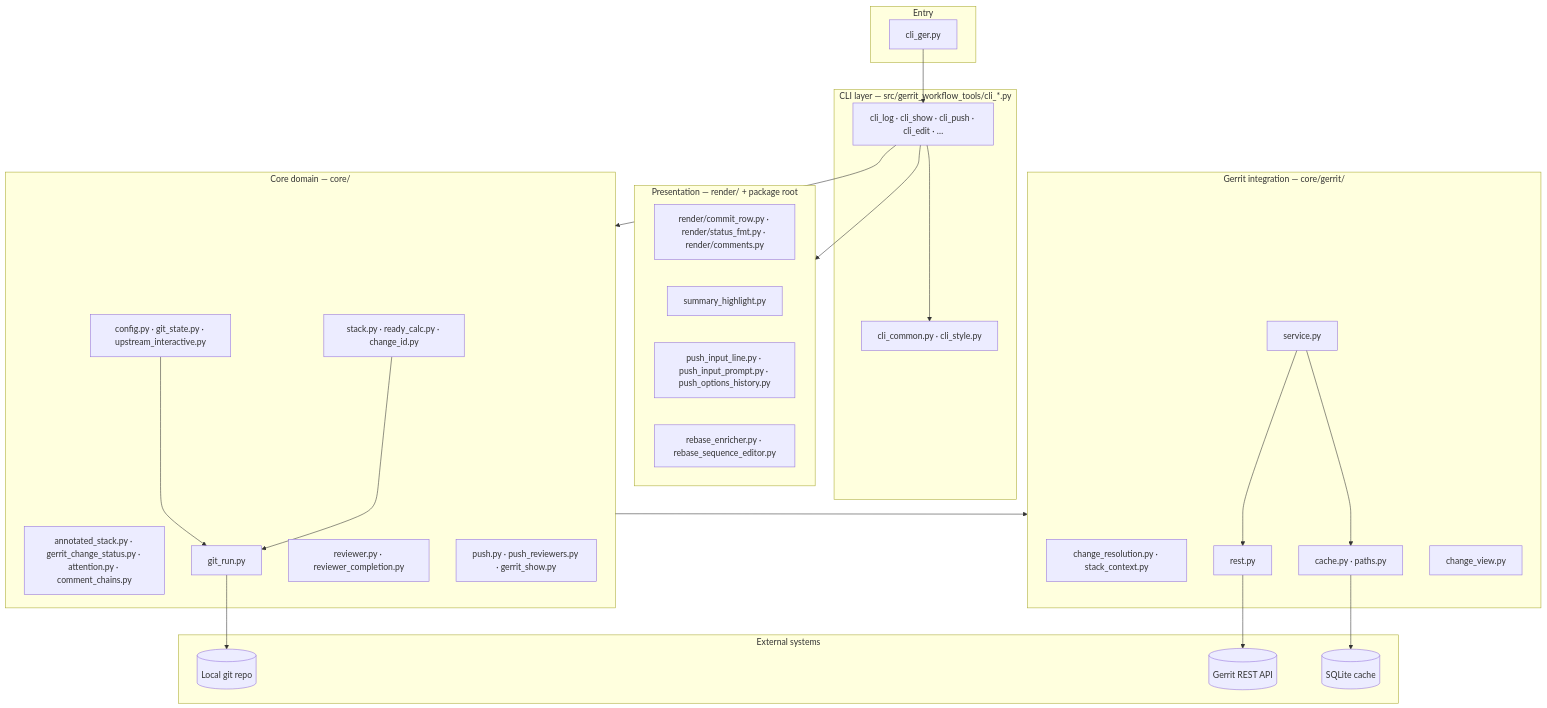
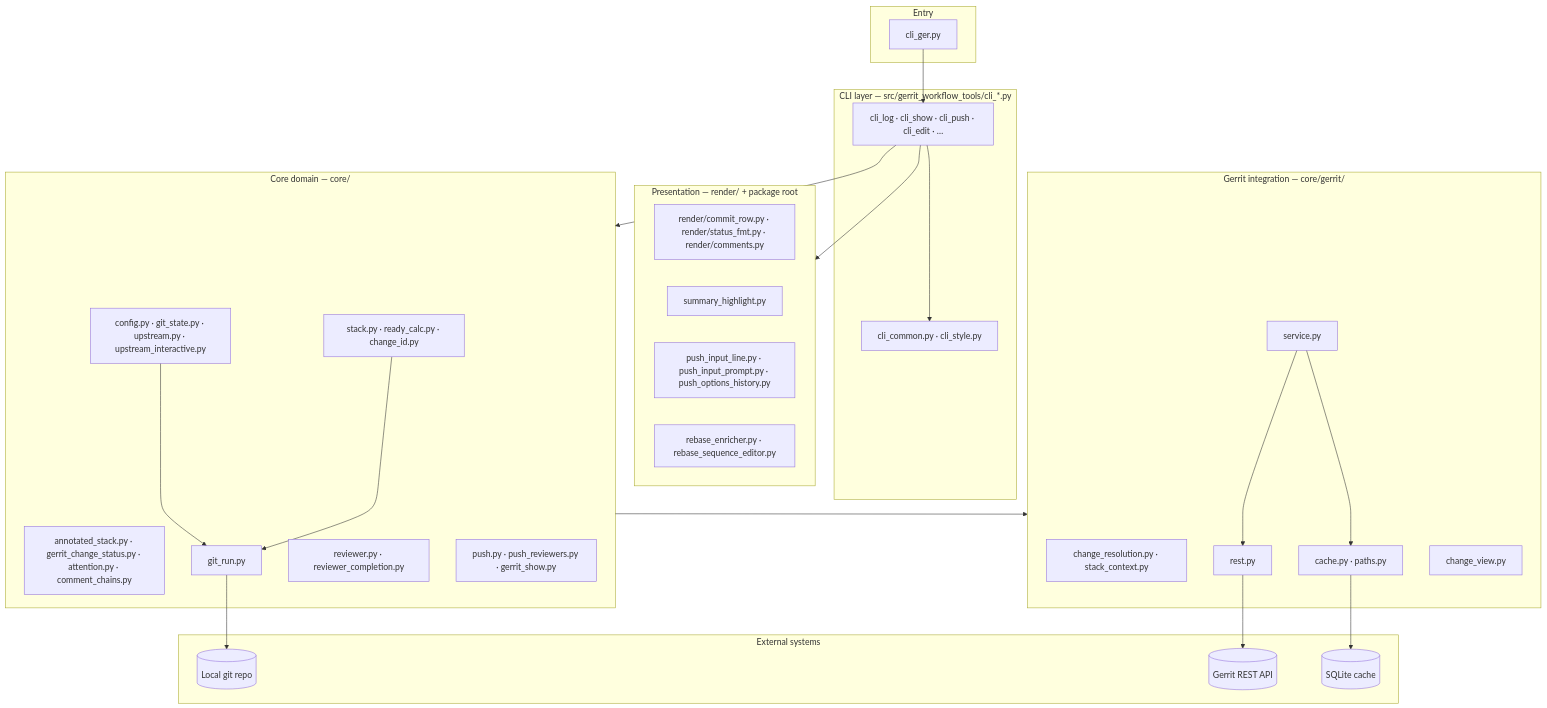
The first of 10 diagrams in docu/architecture.md (togrue/gerrit-workflow-tools), drawn with Mermaid before and after one commit. The commit also changed other lines of this file and 25 other files, not shown here.

````diff
--- a/docu/architecture.md
+++ b/docu/architecture.md
@@ -31,54 +31,54 @@
 ```mermaid
 flowchart TB
   subgraph entry [Entry]
     ger[cli_ger.py]
   end
 
   subgraph cli [CLI layer — src/gerrit_workflow_tools/cli_*.py]
     common[cli_common.py · cli_style.py]
     commands[cli_log · cli_show · cli_push · cli_edit · …]
   end
 
   subgraph presentation [Presentation — render/ + package root]
     render[render/commit_row.py · render/status_fmt.py · render/comments.py]
     highlight[summary_highlight.py]
     push_ui[push_input_line.py · push_input_prompt.py · push_options_history.py]
     rebase_hook[rebase_enricher.py · rebase_sequence_editor.py]
   end
 
   subgraph core [Core domain — core/]
     stack[stack.py · ready_calc.py · change_id.py]
     status[annotated_stack.py · gerrit_change_status.py · attention.py · comment_chains.py]
-    config[config.py · git_state.py · upstream_interactive.py]
+    config[config.py · git_state.py · upstream.py · upstream_interactive.py]
     git[git_run.py]
     reviewers[reviewer.py · reviewer_completion.py]
     push_core[push.py · push_reviewers.py · gerrit_show.py]
   end
 
   subgraph gerrit [Gerrit integration — core/gerrit/]
     resolution[change_resolution.py · stack_context.py]
     service[service.py]
     rest[rest.py]
     cache[cache.py · paths.py]
     view[change_view.py]
   end
 
   subgraph external [External systems]
     git_repo[(Local git repo)]
     gerrit_api[(Gerrit REST API)]
     sqlite[(SQLite cache)]
   end
 
   ger --> commands
   commands --> common
   commands --> core
   commands --> presentation
   core --> gerrit
   service --> rest
   service --> cache
   rest --> gerrit_api
   cache --> sqlite
   stack --> git
   config --> git
   git --> git_repo
 ```
````
